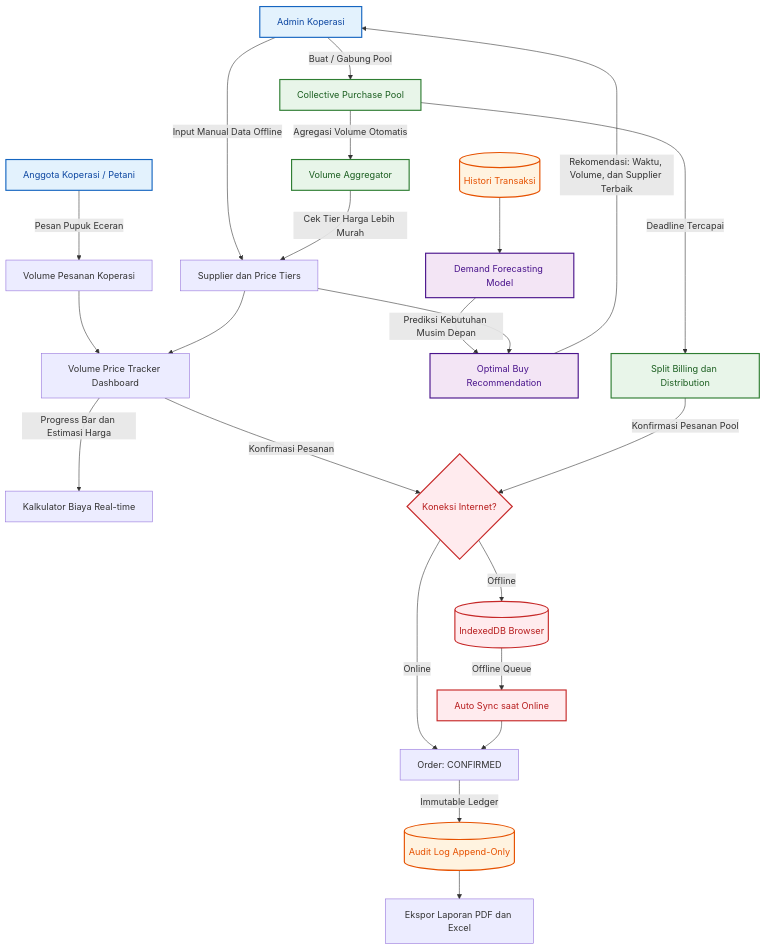
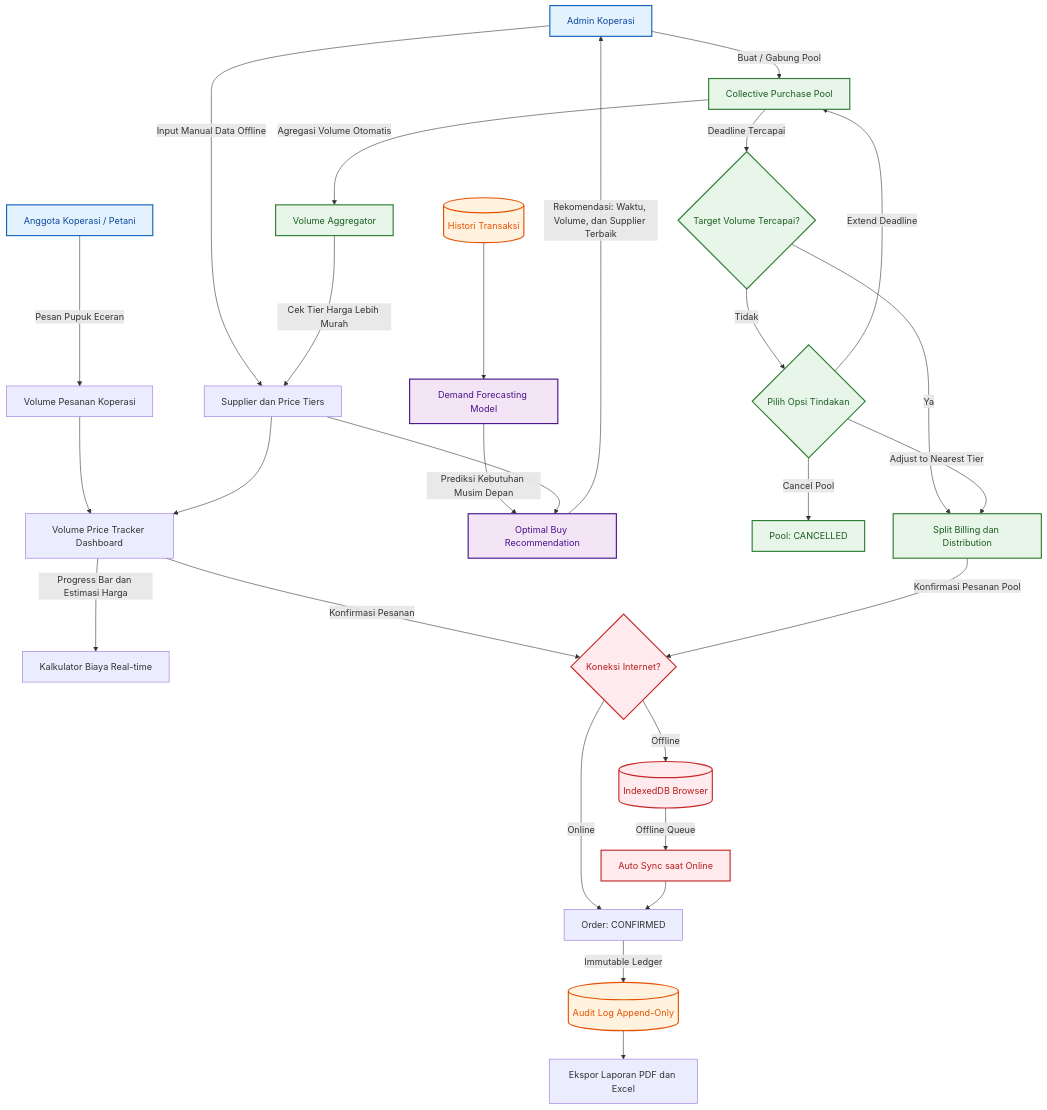
The diagram in Docs/diagram.md (OlanIsm/TechnoScape-2026-Hackathon), drawn with Mermaid before and after one commit. The commit also changed 107 other files, not shown here.

Commit message:
setup backend , database schema, overall made a template also updated prd

````diff
--- a/Docs/diagram.md
+++ b/Docs/diagram.md
@@ -11,39 +11,74 @@
 ```mermaid
 graph TD
+    %% Define Nodes and Labels
+    U["Admin Koperasi"]
+    M["Anggota Koperasi / Petani"]
+    SUP["Supplier dan Price Tiers"]
+    KOP_VOL["Volume Pesanan Koperasi"]
+    TRK["Volume Price Tracker Dashboard"]
+    CALC["Kalkulator Biaya Real-time"]
+    HIST[("Histori Transaksi")]
+    AI_FC["Demand Forecasting Model"]
+    AI_REC["Optimal Buy Recommendation"]
+    POOL["Collective Purchase Pool"]
+    AGG["Volume Aggregator"]
+    UNFULFILLED{"Target Volume Tercapai?"}
+    NEG_FLOW{"Pilih Opsi Tindakan"}
+    CANCEL_POOL["Pool: CANCELLED"]
+    SPLIT["Split Billing dan Distribution"]
+    CONN_CHECK{"Koneksi Internet?"}
+    TX["Order: CONFIRMED"]
+    DB_LOC[("IndexedDB Browser")]
+    SYNC["Auto Sync saat Online"]
+    AUD[("Audit Log Append-Only")]
+    EXP["Ekspor Laporan PDF dan Excel"]
+
+    %% Define Node Classes
+    class U,M admin;
+    class AI_FC,AI_REC ai;
+    class POOL,AGG,UNFULFILLED,NEG_FLOW,CANCEL_POOL,SPLIT collb;
+    class HIST,AUD db;
+    class CONN_CHECK,DB_LOC,SYNC offline;
+
+    %% Styling Classes
     classDef admin fill:#e3f2fd,stroke:#1565c0,stroke-width:2px,color:#0d47a1;
     classDef ai fill:#f3e5f5,stroke:#4a148c,stroke-width:2px,color:#4a148c;
     classDef collb fill:#e8f5e9,stroke:#2e7d32,stroke-width:2px,color:#1b5e20;
     classDef db fill:#fff3e0,stroke:#e65100,stroke-width:2px,color:#e65100;
     classDef offline fill:#ffebee,stroke:#c62828,stroke-width:2px,color:#b71c1c;
 
-    U[Admin Koperasi]:::admin
-    M[Anggota Koperasi / Petani]:::admin
+    %% Connections
+    U -->|Input Manual Data Offline| SUP
+    M -->|Pesan Pupuk Eceran| KOP_VOL
+    KOP_VOL --> TRK
+    SUP --> TRK
+    TRK -->|Progress Bar dan Estimasi Harga| CALC
 
-    U -->|Input Manual Data Offline| SUP[Supplier dan Price Tiers]
-    M -->|Pesan Pupuk Eceran| KOP_VOL[Volume Pesanan Koperasi]
-    KOP_VOL --> TRK[Volume Price Tracker Dashboard]
-    SUP --> TRK
-    TRK -->|Progress Bar dan Estimasi Harga| CALC[Kalkulator Biaya Real-time]
-
-    HIST[(Histori Transaksi)]:::db
-    HIST --> AI_FC[Demand Forecasting Model]:::ai
-    AI_FC -->|Prediksi Kebutuhan Musim Depan| AI_REC[Optimal Buy Recommendation]:::ai
+    HIST --> AI_FC
+    AI_FC -->|Prediksi Kebutuhan Musim Depan| AI_REC
     SUP --> AI_REC
     AI_REC -->|Rekomendasi: Waktu, Volume, dan Supplier Terbaik| U
 
-    U -->|Buat / Gabung Pool| POOL[Collective Purchase Pool]:::collb
-    POOL -->|Agregasi Volume Otomatis| AGG[Volume Aggregator]:::collb
+    U -->|Buat / Gabung Pool| POOL
+    POOL -->|Agregasi Volume Otomatis| AGG
     AGG -->|Cek Tier Harga Lebih Murah| SUP
-    POOL -->|Deadline Tercapai| SPLIT[Split Billing dan Distribution]:::collb
+    POOL -->|Deadline Tercapai| UNFULFILLED
 
-    TRK -->|Konfirmasi Pesanan| CONN_CHECK{Koneksi Internet?}:::offline
+    UNFULFILLED -->|Ya| SPLIT
+    UNFULFILLED -->|Tidak| NEG_FLOW
+
+    NEG_FLOW -->|Extend Deadline| POOL
+    NEG_FLOW -->|Adjust to Nearest Tier| SPLIT
+    NEG_FLOW -->|Cancel Pool| CANCEL_POOL
+
+    TRK -->|Konfirmasi Pesanan| CONN_CHECK
     SPLIT -->|Konfirmasi Pesanan Pool| CONN_CHECK
 
-    CONN_CHECK -->|Online| TX[Order: CONFIRMED]
-    CONN_CHECK -->|Offline| DB_LOC[(IndexedDB Browser)]:::offline
-    DB_LOC -->|Offline Queue| SYNC[Auto Sync saat Online]:::offline
+    CONN_CHECK -->|Online| TX
+    CONN_CHECK -->|Offline| DB_LOC
+    DB_LOC -->|Offline Queue| SYNC
     SYNC --> TX
 
-    TX -->|Immutable Ledger| AUD[(Audit Log Append-Only)]:::db
-    AUD --> EXP[Ekspor Laporan PDF dan Excel]
+    TX -->|Immutable Ledger| AUD
+    AUD --> EXP
 ```
````
